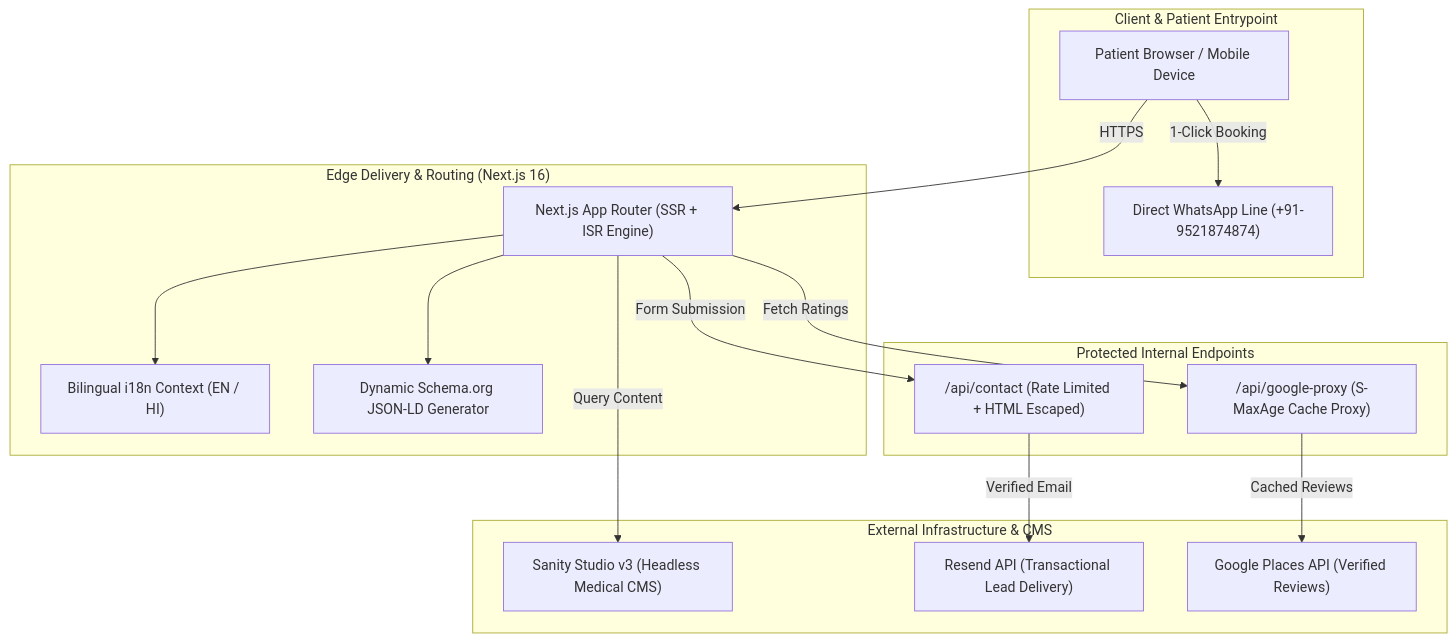
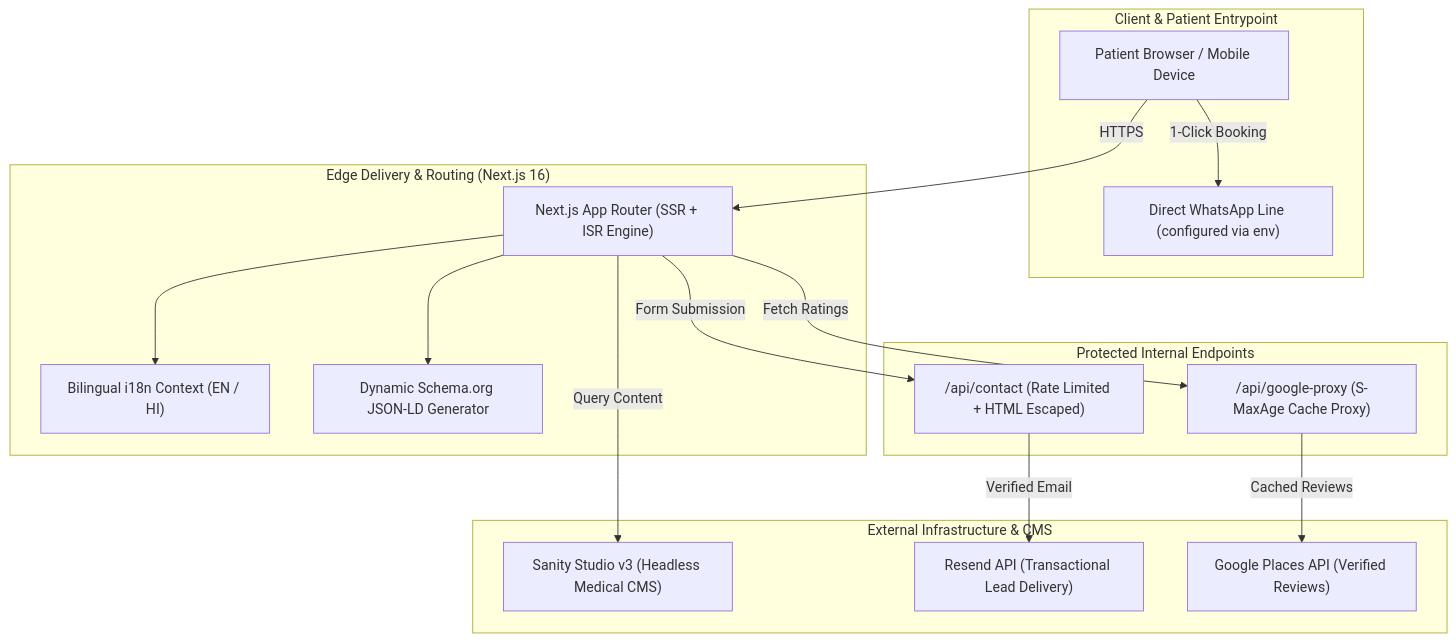
Before and after one commit to tapwebs/PROJECT-DR-VIJAY-KUMAR-BINWAL: the diagram in README.md, drawn with Mermaid. The commit also changed other lines of this file and 39 other files, not shown here.

````diff
--- a/README.md
+++ b/README.md
@@ -137,34 +142,34 @@
 ```mermaid
 flowchart TD
     subgraph ClientLayer["Client & Patient Entrypoint"]
         Patient["Patient Browser / Mobile Device"]
-        WhatsApp["Direct WhatsApp Line (+91-9521874874)"]
+        WhatsApp["Direct WhatsApp Line (configured via env)"]
     end
 
     subgraph EdgeLayer["Edge Delivery & Routing (Next.js 16)"]
         NextServer["Next.js App Router (SSR + ISR Engine)"]
         LangContext["Bilingual i18n Context (EN / HI)"]
         SEOEngine["Dynamic Schema.org JSON-LD Generator"]
     end
 
     subgraph APIProxy["Protected Internal Endpoints"]
         ContactRoute["/api/contact (Rate Limited + HTML Escaped)"]
         GoogleProxyRoute["/api/google-proxy (S-MaxAge Cache Proxy)"]
     end
 
     subgraph ExternalServices["External Infrastructure & CMS"]
         SanityCMS["Sanity Studio v3 (Headless Medical CMS)"]
         ResendMail["Resend API (Transactional Lead Delivery)"]
         GooglePlaces["Google Places API (Verified Reviews)"]
     end
 
     Patient -->|HTTPS| NextServer
     Patient -->|1-Click Booking| WhatsApp
     NextServer --> LangContext
     NextServer --> SEOEngine
     NextServer -->|Query Content| SanityCMS
     NextServer -->|Form Submission| ContactRoute
     NextServer -->|Fetch Ratings| GoogleProxyRoute
     ContactRoute -->|Verified Email| ResendMail
     GoogleProxyRoute -->|Cached Reviews| GooglePlaces
 ```
````
